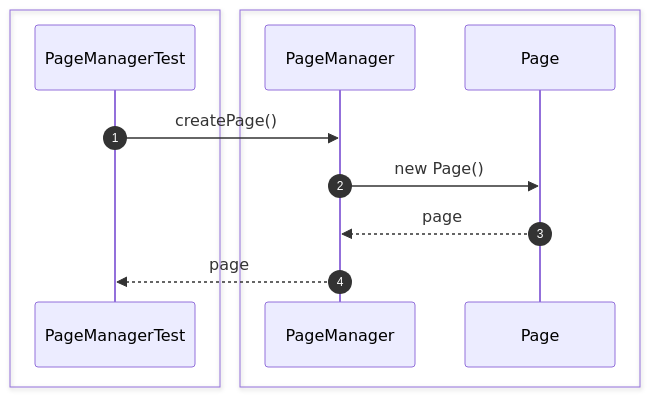
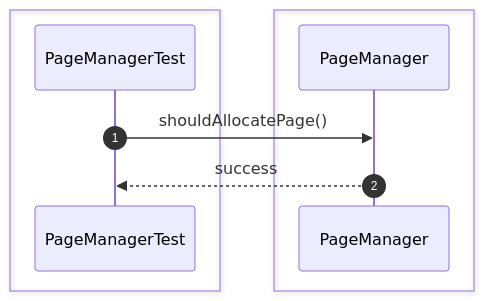
One commit to Huy1801214/dbms-architecture changed diagram 13 of 44 in src/sequence/storage-engine.md. Above: the diagram before and after it, drawn with Mermaid. The commit also changed other lines of this file and 68 other files, not shown here.

Commit message:
implement comprehensive unit test suite and architectural sequence documentation

````diff
--- a/src/sequence/storage-engine.md
+++ b/src/sequence/storage-engine.md
@@ -219,17 +188,13 @@
 ```mermaid
 sequenceDiagram
     autonumber
-
     box #e1f5fe Test Suite
     participant Test as PageManagerTest
     end
-    box #e0f2f1 Storage Components
-    participant PageManager as PageManager
-    participant Page as Page
+    box #e0f2f1 PageManager Component
+    participant PM as PageManager
     end
 
-    Test->>PageManager: createPage()
-    PageManager->>Page: new Page()
-    Page-->>PageManager: page
-    PageManager-->>Test: page
+    Test->>PM: shouldAllocatePage()
+    PM-->>Test: success
 ```
````
